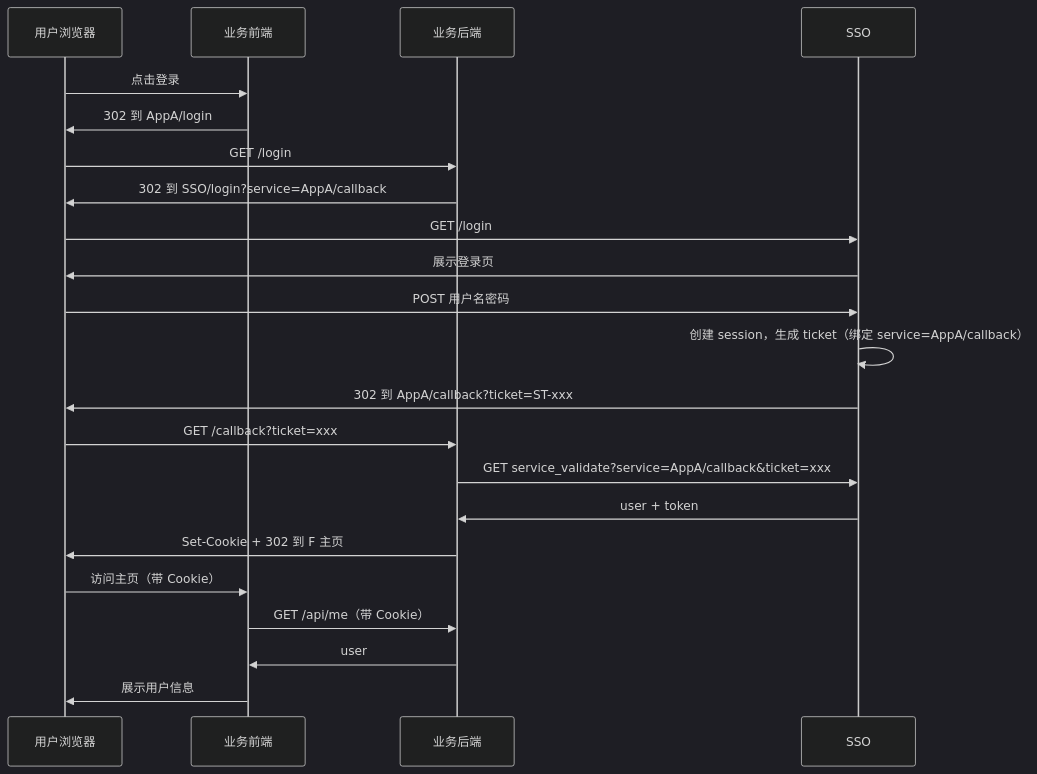
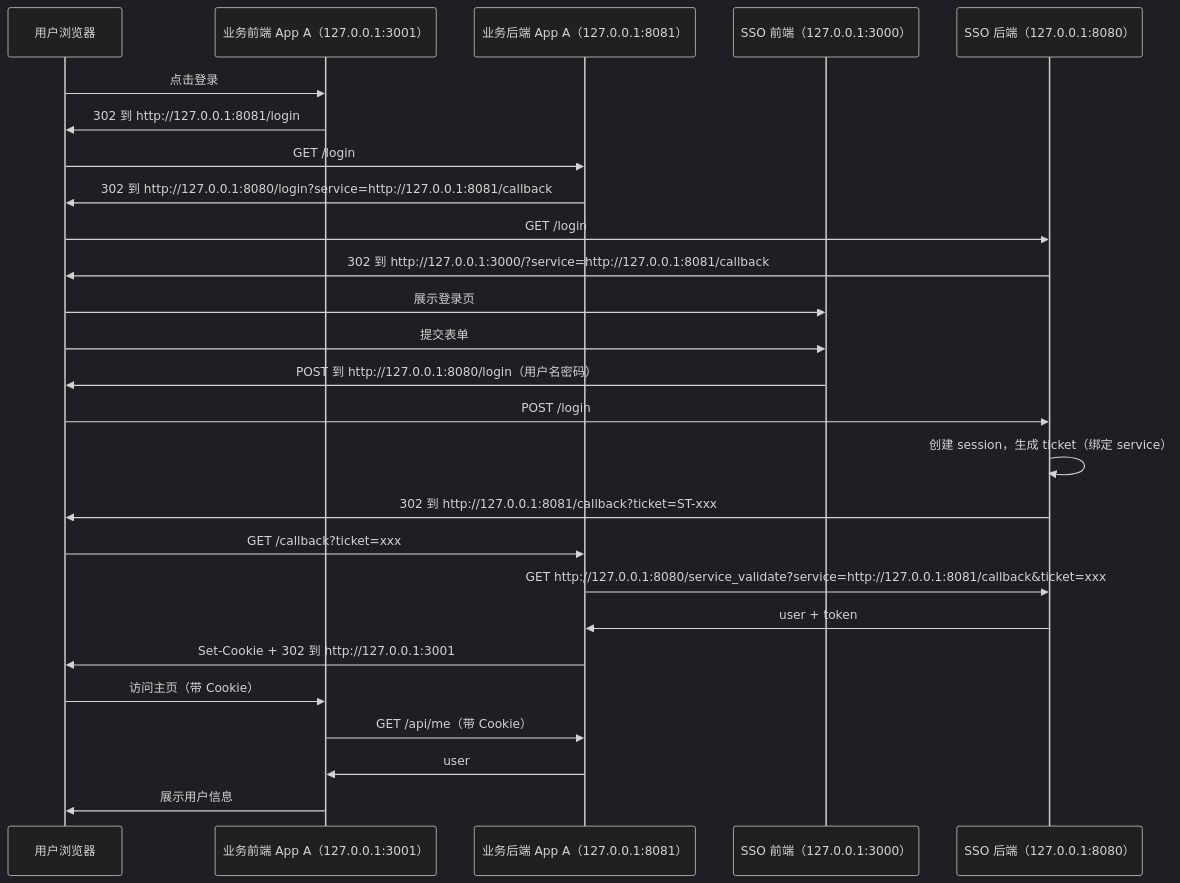
One commit to gw-gong/demo changed the first of 3 diagrams in sso/README.md. Above: the diagram before and after it, drawn with Mermaid (dark theme). The commit also changed other lines of this file, not shown here.

````diff
--- a/sso/README.md
+++ b/sso/README.md
@@ -15,25 +27,29 @@
 ```mermaid
 sequenceDiagram
   participant U as 用户浏览器
-  participant F as 业务前端
-  participant B as 业务后端
-  participant S as SSO
+  participant F as 业务前端 App A（127.0.0.1:3001）
+  participant B as 业务后端 App A（127.0.0.1:8081）
+  participant SFE as SSO 前端（127.0.0.1:3000）
+  participant SB as SSO 后端（127.0.0.1:8080）
 
   U->>F: 点击登录
-  F->>U: 302 到 AppA/login
+  F->>U: 302 到 http://127.0.0.1:8081/login
   U->>B: GET /login
-  B->>U: 302 到 SSO/login?service=AppA/callback
-  U->>S: GET /login
-  S->>U: 展示登录页
-  U->>S: POST 用户名密码
-  S->>S: 创建 session，生成 ticket（绑定 service=AppA/callback）
-  S->>U: 302 到 AppA/callback?ticket=ST-xxx
+  B->>U: 302 到 http://127.0.0.1:8080/login?service=http://127.0.0.1:8081/callback
+  U->>SB: GET /login
+  SB->>U: 302 到 http://127.0.0.1:3000/?service=http://127.0.0.1:8081/callback
+  U->>SFE: 展示登录页
+  U->>SFE: 提交表单
+  SFE->>U: POST 到 http://127.0.0.1:8080/login（用户名密码）
+  U->>SB: POST /login
+  SB->>SB: 创建 session，生成 ticket（绑定 service）
+  SB->>U: 302 到 http://127.0.0.1:8081/callback?ticket=ST-xxx
   U->>B: GET /callback?ticket=xxx
-  B->>S: GET service_validate?service=AppA/callback&ticket=xxx
-  S->>B: user + token
-  B->>U: Set-Cookie + 302 到 F 主页
+  B->>SB: GET http://127.0.0.1:8080/service_validate?service=http://127.0.0.1:8081/callback&ticket=xxx
+  SB->>B: user + token
+  B->>U: Set-Cookie + 302 到 http://127.0.0.1:3001
   U->>F: 访问主页（带 Cookie）
   F->>B: GET /api/me（带 Cookie）
   B->>F: user
   F->>U: 展示用户信息
 ```
````
